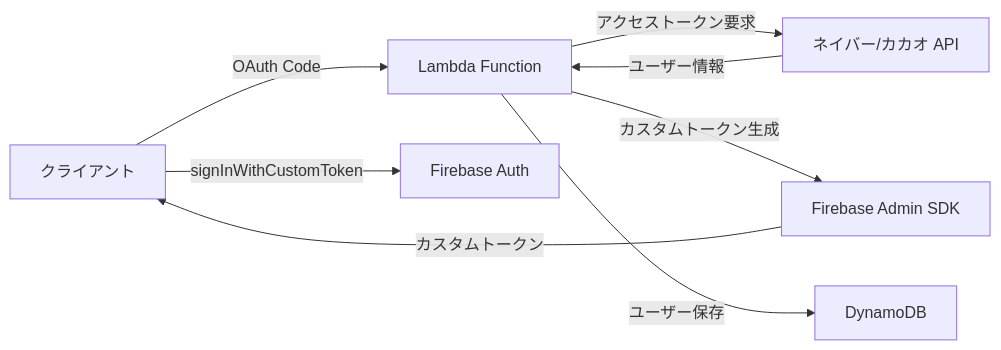
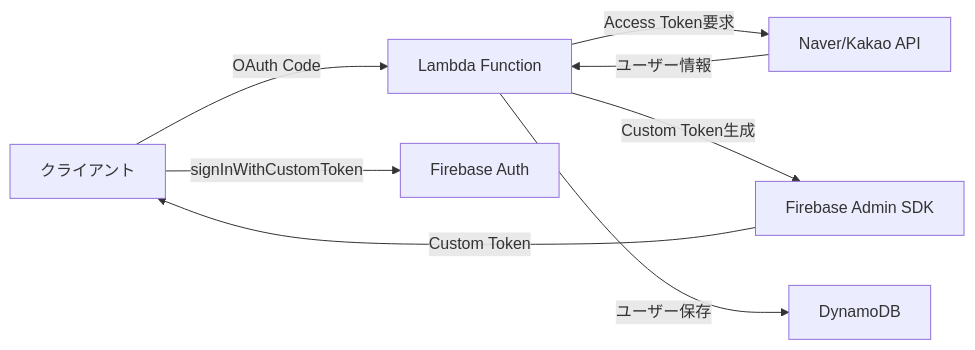
The diagram in _posts/2025-06-27-firebase-oauth-hybrid-strategy-ja.md (realcoding2003/realcoding.github.io), drawn with Mermaid before and after one commit. The commit also changed other lines of this file and 1 other file, not shown here.

````diff
--- a/_posts/2025-06-27-firebase-oauth-hybrid-strategy-ja.md
+++ b/_posts/2025-06-27-firebase-oauth-hybrid-strategy-ja.md
@@ -74,10 +114,10 @@
 ```mermaid
 flowchart LR
     A[クライアント] -->|OAuth Code| B[Lambda Function]
-    B -->|アクセストークン要求| C[ネイバー/カカオ API]
+    B -->|Access Token要求| C[Naver/Kakao API]
     C -->|ユーザー情報| B
-    B -->|カスタムトークン生成| D[Firebase Admin SDK]
+    B -->|Custom Token生成| D[Firebase Admin SDK]
     B -->|ユーザー保存| E[DynamoDB]
-    D -->|カスタムトークン| A
+    D -->|Custom Token| A
     A -->|signInWithCustomToken| F[Firebase Auth]
 ```
````
